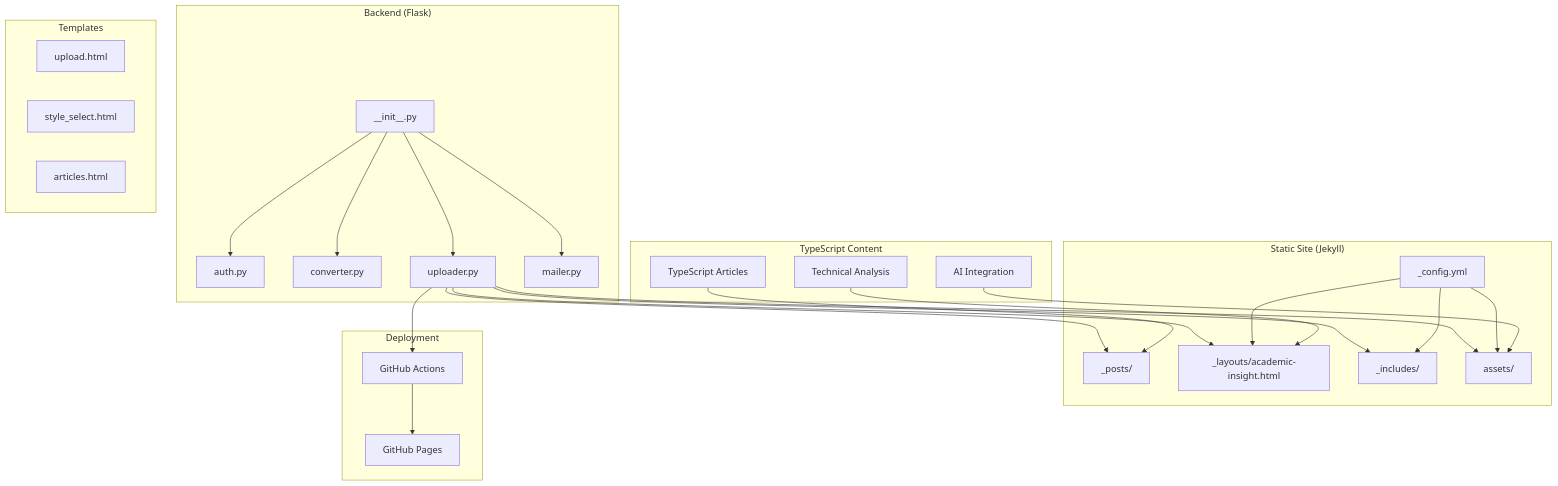
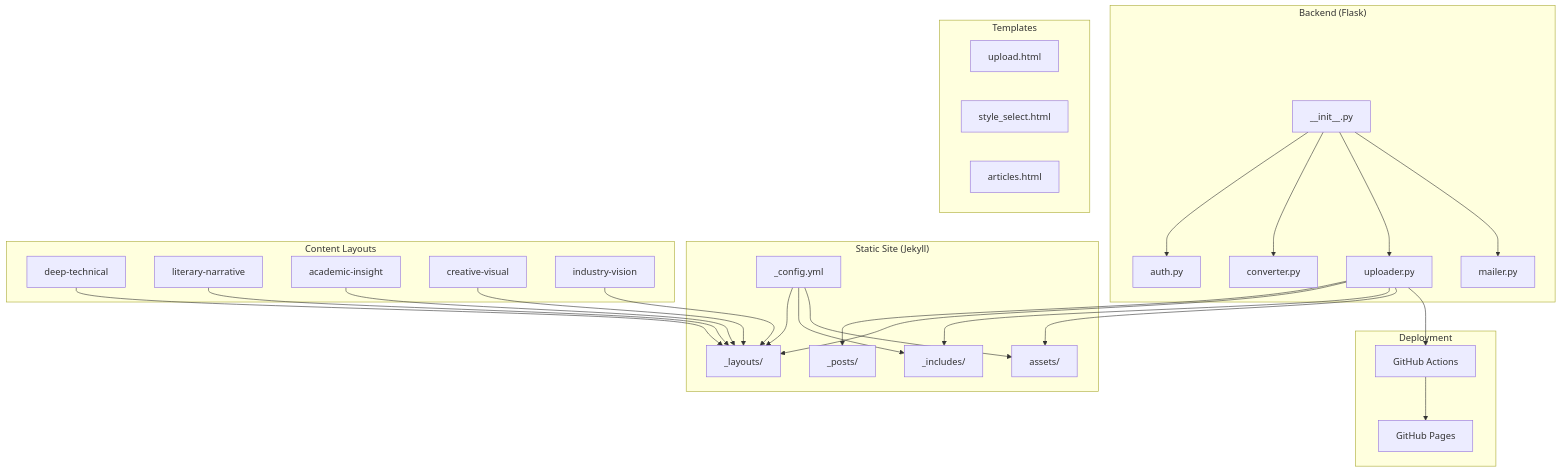
The first of 8 diagrams in .qoder/repowiki/en/content/Frontend Application/Article Presentation System/TypeScript as JavaScript's Superset.md (PolarisW007/PolaZhenJing), drawn with Mermaid before and after one commit. The commit also changed other lines of this file and 2 other files, not shown here.

````diff
--- a/.qoder/repowiki/en/content/Frontend Application/Article Presentation System/TypeScript as JavaScript's Superset.md
+++ b/.qoder/repowiki/en/content/Frontend Application/Article Presentation System/TypeScript as JavaScript's Superset.md
@@ -52,47 +57,51 @@
 ```mermaid
 graph TB
 subgraph "Backend (Flask)"
 A[__init__.py]
 B[auth.py]
 C[converter.py]
 D[uploader.py]
 E[mailer.py]
 end
 subgraph "Templates"
 T1[upload.html]
 T2[style_select.html]
 T3[articles.html]
 end
 subgraph "Static Site (Jekyll)"
 J1[_config.yml]
 J2[_posts/]
-J3[_layouts/academic-insight.html]
+J3[_layouts/]
 J4[_includes/]
 J5[assets/]
 end
-subgraph "TypeScript Content"
-TS1[TypeScript Articles]
-TS2[Technical Analysis]
-TS3[AI Integration]
+subgraph "Content Layouts"
+L1[deep-technical]
+L2[literary-narrative]
+L3[academic-insight]
+L4[creative-visual]
+L5[industry-vision]
 end
 subgraph "Deployment"
 G[GitHub Actions]
 P[GitHub Pages]
 end
 A --> B
 A --> C
 A --> D
 A --> E
 D --> J2
 D --> J3
 D --> J4
 D --> J5
 J1 --> J3
 J1 --> J4
 J1 --> J5
-TS1 --> J2
-TS2 --> J3
-TS3 --> J5
+L1 --> J3
+L2 --> J3
+L3 --> J3
+L4 --> J3
+L5 --> J3
 G --> P
 D --> G
 ```
````
